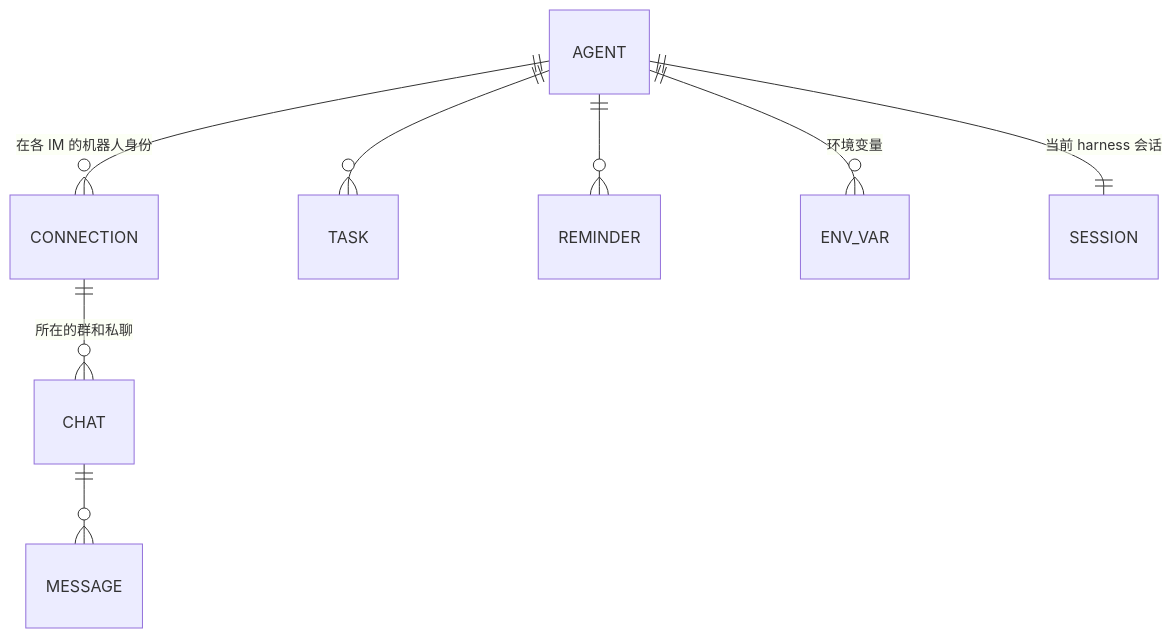
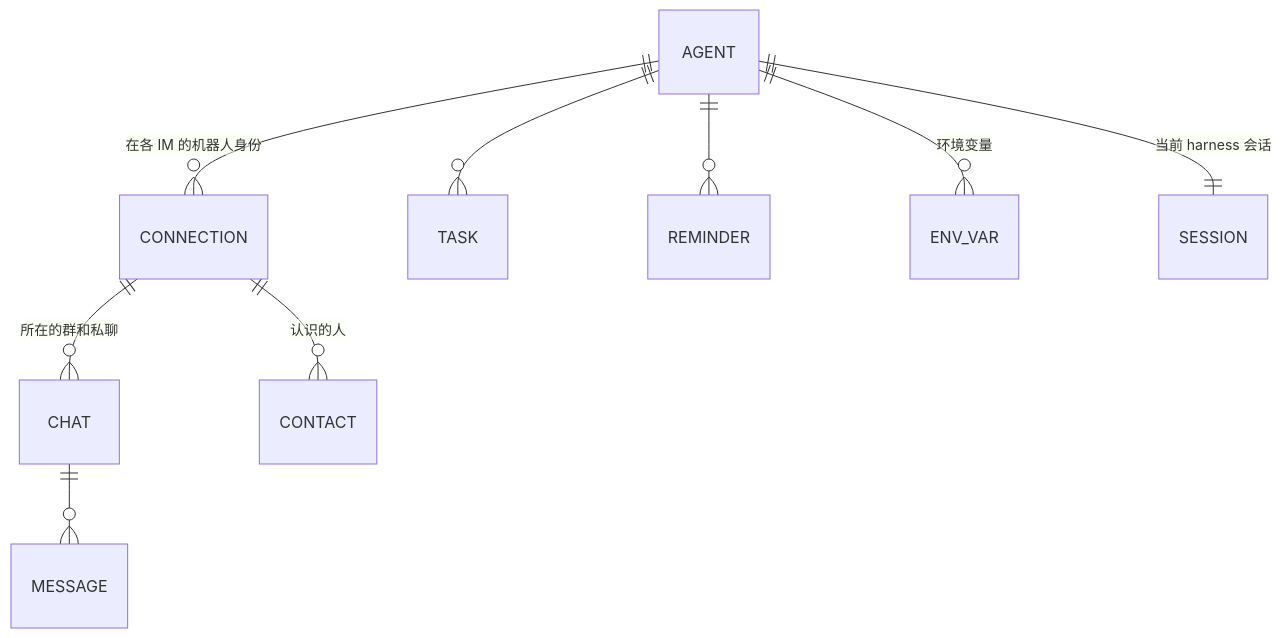
One commit to earayu/Mingle changed the first of 5 diagrams in docs/spec.md. Above: the diagram before and after it, drawn with Mermaid. The commit also changed other lines of this file and 22 other files, not shown here.

````diff
--- a/docs/spec.md
+++ b/docs/spec.md
@@ -69,10 +69,11 @@
 ```mermaid
 erDiagram
   AGENT ||--o{ CONNECTION : "在各 IM 的机器人身份"
   CONNECTION ||--o{ CHAT : "所在的群和私聊"
+  CONNECTION ||--o{ CONTACT : "认识的人"
   CHAT ||--o{ MESSAGE : ""
   AGENT ||--o{ TASK : ""
   AGENT ||--o{ REMINDER : ""
   AGENT ||--o{ ENV_VAR : "环境变量"
   AGENT ||--|| SESSION : "当前 harness 会话"
 ```
````
